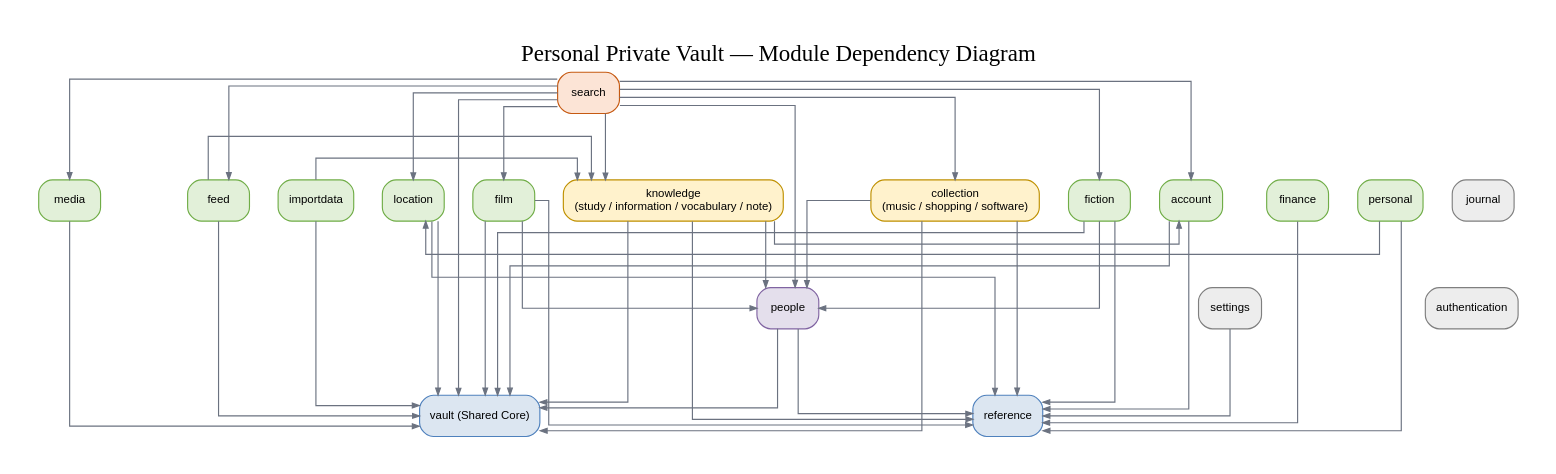
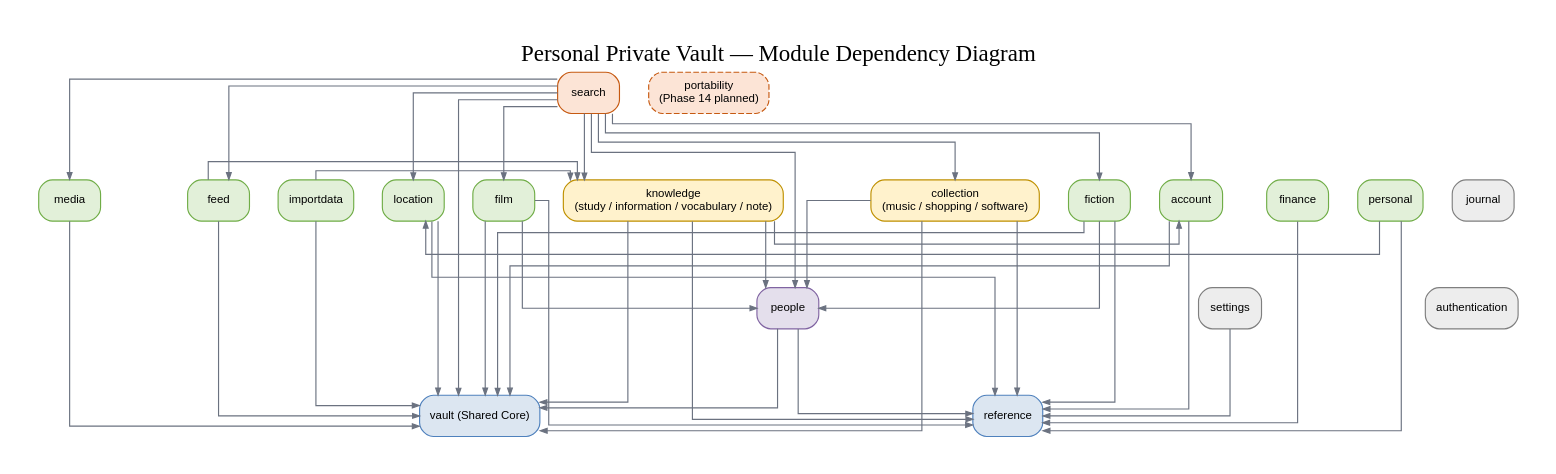
One commit to vhvkhangg/personal-private-vault changed the diagram in docs/architecture/diagrams/source/module-dependencies.dot. Above: the diagram before and after it, drawn with Graphviz. The commit also changed 34 other files, not shown here.

Commit message:
docs(phase-14): prepare portability and object storage closure

```diff
--- a/docs/architecture/diagrams/source/module-dependencies.dot
+++ b/docs/architecture/diagrams/source/module-dependencies.dot
@@ -1,65 +1,67 @@
 digraph Modules {
 graph [rankdir=TB, bgcolor="white", pad=0.35, nodesep=0.35, ranksep=0.8, splines=ortho, label="Personal Private Vault — Module Dependency Diagram", labelloc=t, fontsize=20, fontname="Arial Bold"];
 node [shape=box, style="rounded,filled", fontname="Arial", fontsize=10, margin="0.14,0.08"];
 edge [color="#6B7280", arrowsize=0.6, penwidth=1.0];
 search [label="search", fillcolor="#FCE4D6", color="#C65911"];
+portability [label="portability\n(Phase 14 planned)", style="rounded,dashed,filled", fillcolor="#FCE4D6", color="#C65911"];
 feed [label="feed", fillcolor="#E2F0D9", color="#70AD47"];
 importdata [label="importdata", fillcolor="#E2F0D9", color="#70AD47"];
 knowledge [label="knowledge\n(study / information / vocabulary / note)", fillcolor="#FFF2CC", color="#BF9000"];
 collection [label="collection\n(music / shopping / software)", fillcolor="#FFF2CC", color="#BF9000"];
 account [label="account", fillcolor="#E2F0D9", color="#70AD47"];
 fiction [label="fiction", fillcolor="#E2F0D9", color="#70AD47"];
 film [label="film", fillcolor="#E2F0D9", color="#70AD47"];
 media [label="media", fillcolor="#E2F0D9", color="#70AD47"];
 location [label="location", fillcolor="#E2F0D9", color="#70AD47"];
 finance [label="finance", fillcolor="#E2F0D9", color="#70AD47"];
 journal [label="journal", fillcolor="#EDEDED", color="#7F7F7F"];
 personal [label="personal", fillcolor="#E2F0D9", color="#70AD47"];
 people [label="people", fillcolor="#E4DFEC", color="#8064A2"];
 settings [label="settings", fillcolor="#EDEDED", color="#7F7F7F"];
 authentication [label="authentication", fillcolor="#EDEDED", color="#7F7F7F"];
 vault [label="vault (Shared Core)", fillcolor="#DCE6F1", color="#4F81BD"];
 reference [label="reference", fillcolor="#DCE6F1", color="#4F81BD"];
+{rank=same; search portability}
 {rank=same; feed importdata knowledge collection account}
 {rank=same; fiction film media location finance journal personal}
 {rank=same; people settings authentication}
 {rank=same; vault reference}
 settings -> reference;
 people -> vault;
 people -> reference;
 fiction -> vault;
 fiction -> people;
 fiction -> reference;
 film -> vault;
 film -> people;
 film -> reference;
 media -> vault;
 location -> vault;
 location -> reference;
 knowledge -> vault;
 knowledge -> people;
 knowledge -> reference;
 knowledge -> account;
 collection -> vault;
 collection -> people;
 collection -> reference;
 account -> vault;
 account -> reference;
 feed -> vault;
 feed -> knowledge;
 importdata -> vault;
 importdata -> knowledge;
 finance -> reference;
 personal -> reference;
 personal -> location;
 search -> vault;
 search -> people;
 search -> fiction;
 search -> film;
 search -> media;
 search -> location;
 search -> knowledge;
 search -> collection;
 search -> account;
 search -> feed;
 }
```
